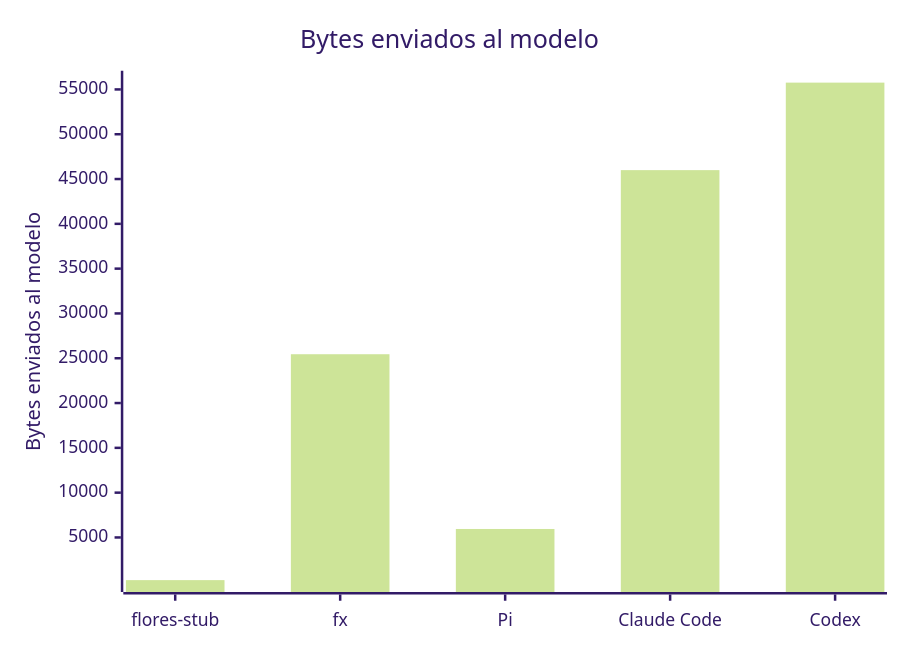
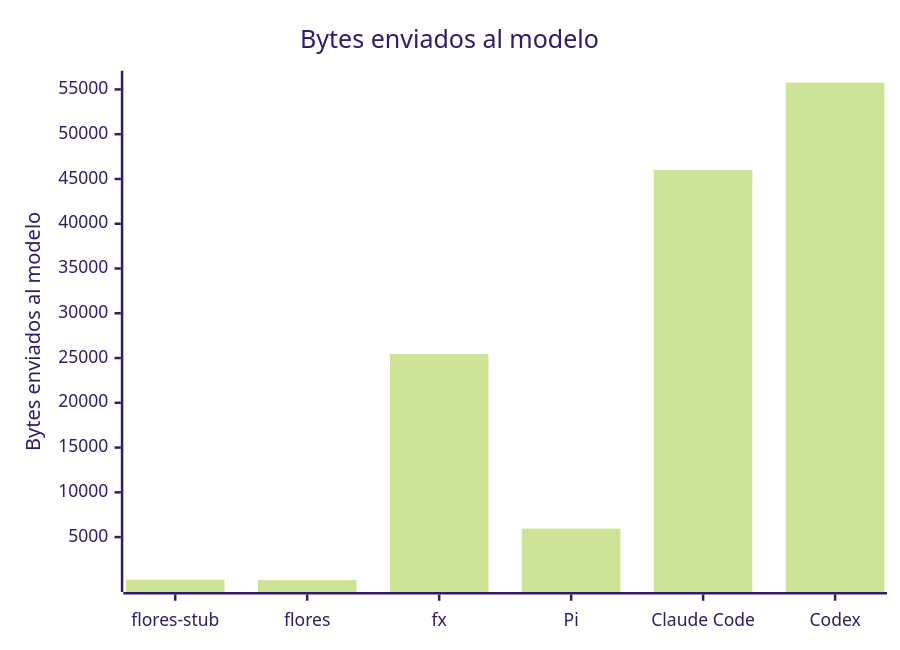
The second of 6 diagrams in benchmarks/published/README.md (sfloresone/flores), drawn with Mermaid (forest theme) before and after one commit. The commit also changed other lines of this file and 6 other files, not shown here.

````diff
--- a/benchmarks/published/README.md
+++ b/benchmarks/published/README.md
@@ -117,7 +125,7 @@
 ```mermaid
 xychart-beta
     title "Bytes enviados al modelo"
-    x-axis ["flores-stub", "fx", "Pi", "Claude Code", "Codex"]
+    x-axis ["flores-stub", "flores", "fx", "Pi", "Claude Code", "Codex"]
     y-axis "Bytes enviados al modelo"
-    bar [238.00, 25448.00, 5947.00, 45993.00, 55759.00]
+    bar [238.00, 194.00, 25448.00, 5947.00, 45993.00, 55759.00]
 ```
````
